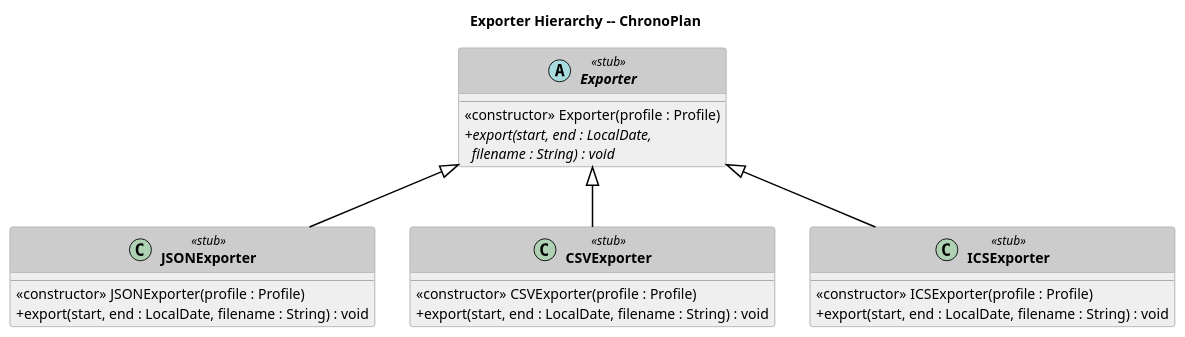
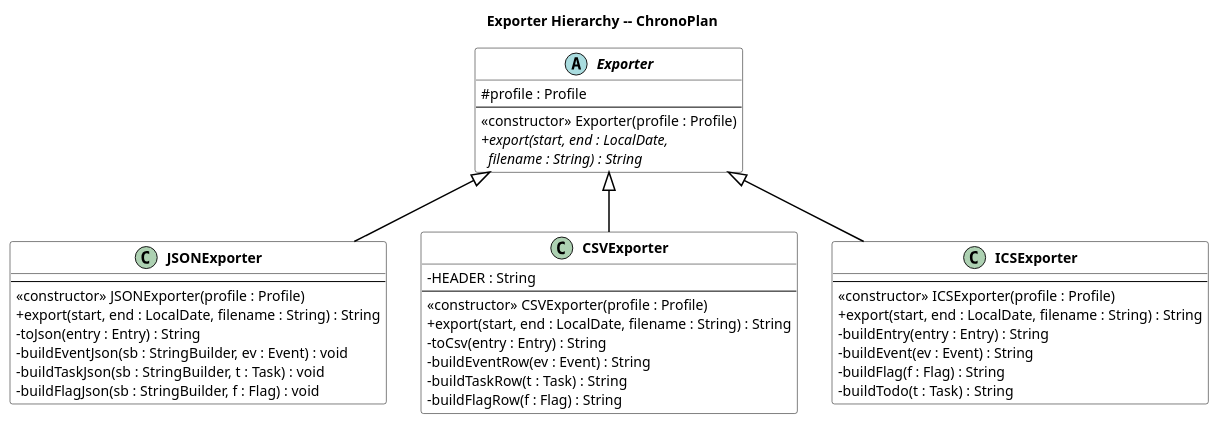
The diagram in bin/dev/davisj/CalendarV1/ExporterHierarchy.puml (jsdavis17/CalendarV1), drawn with PlantUML before and after one commit. The commit also changed 45 other files, not shown here.

```diff
--- a/bin/dev/davisj/CalendarV1/ExporterHierarchy.puml
+++ b/bin/dev/davisj/CalendarV1/ExporterHierarchy.puml
@@ -1,46 +1,55 @@
 @startuml ExporterHierarchy
 
 title Exporter Hierarchy -- ChronoPlan
 
 skinparam classAttributeIconSize 0
 skinparam classFontStyle Bold
 skinparam classHeaderBackgroundColor #D0D8E4
 skinparam classBorderColor #000000
 skinparam classBackgroundColor #FFFFFF
 skinparam arrowColor #000000
 skinparam arrowThickness 1.5
-skinparam class {
-  BackgroundColor<<stub>> #EFEFEF
-  BorderColor<<stub>> #AAAAAA
-  HeaderBackgroundColor<<stub>> #CCCCCC
+
+abstract class Exporter {
+  # profile : Profile
+  --
+  <<constructor>> Exporter(profile : Profile)
+  + {abstract} export(start, end : LocalDate,\n  filename : String) : String
 }
 
-abstract class Exporter <<stub>> {
+class JSONExporter {
   --
-  <<constructor>> Exporter(profile : Profile)
-  + {abstract} export(start, end : LocalDate,\n  filename : String) : void
+  <<constructor>> JSONExporter(profile : Profile)
+  + export(start, end : LocalDate, filename : String) : String
+  - toJson(entry : Entry) : String
+  - buildEventJson(sb : StringBuilder, ev : Event) : void
+  - buildTaskJson(sb : StringBuilder, t : Task) : void
+  - buildFlagJson(sb : StringBuilder, f : Flag) : void
 }
 
-class JSONExporter <<stub>> {
+class CSVExporter {
+  - HEADER : String
   --
-  <<constructor>> JSONExporter(profile : Profile)
-  + export(start, end : LocalDate, filename : String) : void
+  <<constructor>> CSVExporter(profile : Profile)
+  + export(start, end : LocalDate, filename : String) : String
+  - toCsv(entry : Entry) : String
+  - buildEventRow(ev : Event) : String
+  - buildTaskRow(t : Task) : String
+  - buildFlagRow(f : Flag) : String
 }
 
-class CSVExporter <<stub>> {
-  --
-  <<constructor>> CSVExporter(profile : Profile)
-  + export(start, end : LocalDate, filename : String) : void
-}
-
-class ICSExporter <<stub>> {
+class ICSExporter {
   --
   <<constructor>> ICSExporter(profile : Profile)
-  + export(start, end : LocalDate, filename : String) : void
+  + export(start, end : LocalDate, filename : String) : String
+  - buildEntry(entry : Entry) : String
+  - buildEvent(ev : Event) : String
+  - buildFlag(f : Flag) : String
+  - buildTodo(t : Task) : String
 }
 
 Exporter <|-- JSONExporter
 Exporter <|-- CSVExporter
 Exporter <|-- ICSExporter
 
 @enduml
```
